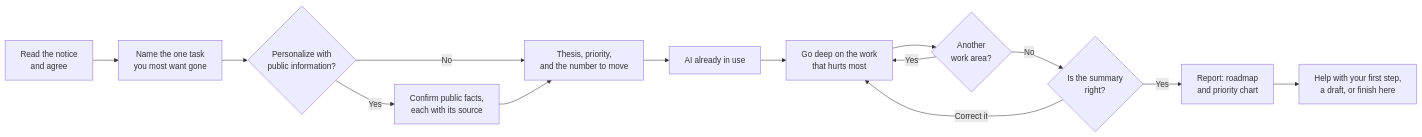
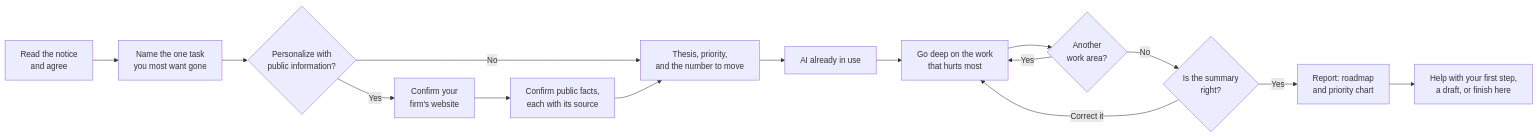
Before and after one commit to nxtpartners/nxt-fund-blueprint: the first of 2 diagrams in README.md, drawn with Mermaid. The commit also changed other lines of this file and 4 other files, not shown here.

Commit message:
Confirm the firm's website before research, show the facts inside the question, allow longer names, version 0.23.7

````diff
--- a/README.md
+++ b/README.md
@@ -92,16 +92,17 @@
 ```mermaid
 flowchart LR
     A[Read the notice<br/>and agree] --> B[Name the one task<br/>you most want gone]
     B --> C{Personalize with<br/>public information?}
-    C -- Yes --> D[Confirm public facts,<br/>each with its source]
+    C -- Yes --> W[Confirm your<br/>firm's website]
+    W --> D[Confirm public facts,<br/>each with its source]
     C -- No --> E[Thesis, priority,<br/>and the number to move]
     D --> E
     E --> F[AI already in use]
     F --> G[Go deep on the work<br/>that hurts most]
     G --> H{Another<br/>work area?}
     H -- Yes --> G
     H -- No --> I{Is the summary<br/>right?}
     I -- Correct it --> G
     I -- Yes --> J[Report: roadmap<br/>and priority chart]
     J --> K[Help with your first step,<br/>a draft, or finish here]
 ```
````
